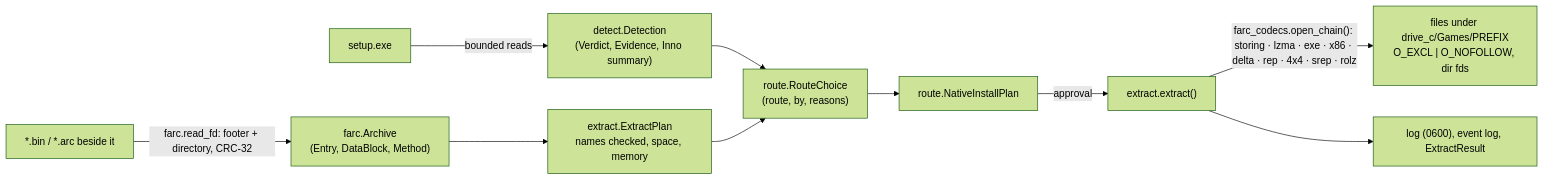
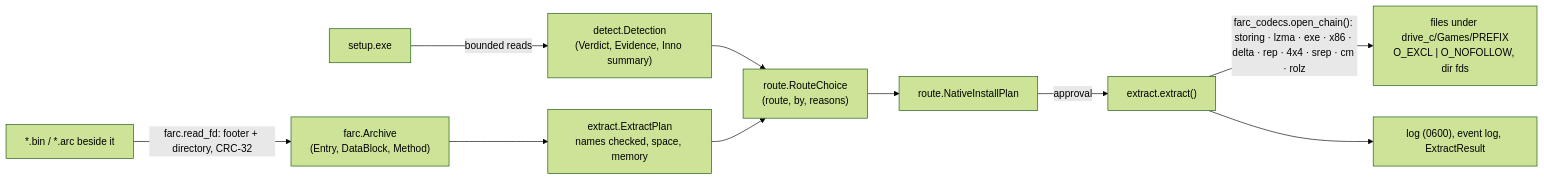
Before and after one commit to undecuple/gitfurl: the fifth of 6 diagrams in docs/code-map.md, drawn with Mermaid (forest theme). The commit also changed other lines of this file and 35 other files, not shown here.

````diff
--- a/docs/code-map.md
+++ b/docs/code-map.md
@@ -165,12 +165,12 @@
 ```mermaid
 flowchart LR
   I["setup.exe"] -->|bounded reads| D["detect.Detection<br/>(Verdict, Evidence, Inno summary)"]
   A["*.bin / *.arc beside it"] -->|farc.read_fd: footer + directory, CRC-32| FA["farc.Archive<br/>(Entry, DataBlock, Method)"]
   FA --> EP["extract.ExtractPlan<br/>names checked, space, memory"]
   D --> RC["route.RouteChoice<br/>(route, by, reasons)"]
   EP --> RC
   RC --> NP["route.NativeInstallPlan"]
   NP -->|approval| X["extract.extract()"]
-  X -->|"farc_codecs.open_chain(): storing · lzma · exe · x86 · delta · rep · 4x4 · srep · rolz"| F["files under drive_c/Games/PREFIX<br/>O_EXCL | O_NOFOLLOW, dir fds"]
+  X -->|"farc_codecs.open_chain(): storing · lzma · exe · x86 · delta · rep · 4x4 · srep · cm · rolz"| F["files under drive_c/Games/PREFIX<br/>O_EXCL | O_NOFOLLOW, dir fds"]
   X --> L["log (0600), event log, ExtractResult"]
 ```
````
